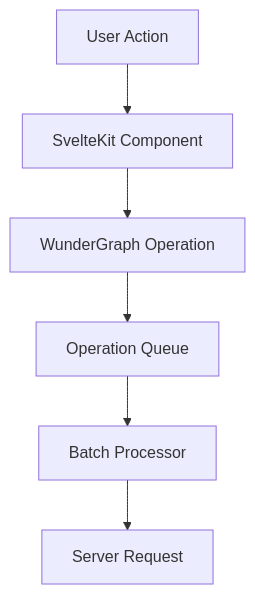
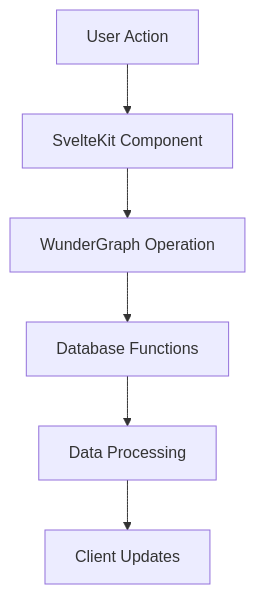
The first of 7 diagrams in apps/app/src/routes/local/documentation/COMPOSITES-ARCHITECTURE.md (VisioncreatorEarth/visioncreator), drawn with Mermaid before and after one commit. The commit also changed other lines of this file and 5 other files, not shown here.

Commit message:
Refactoring edit, patching and variation mode into direct database functions instead of api layer

````diff
--- a/apps/app/src/routes/local/documentation/COMPOSITES-ARCHITECTURE.md
+++ b/apps/app/src/routes/local/documentation/COMPOSITES-ARCHITECTURE.md
@@ -120,8 +122,8 @@
 ```mermaid
 graph TD
     A[User Action] --> B[SvelteKit Component]
     B --> C[WunderGraph Operation]
-    C --> D[Operation Queue]
-    D --> E[Batch Processor]
-    E --> F[Server Request]
+    C --> D[Database Functions]
+    D --> E[Data Processing]
+    E --> F[Client Updates]
 ```
````
